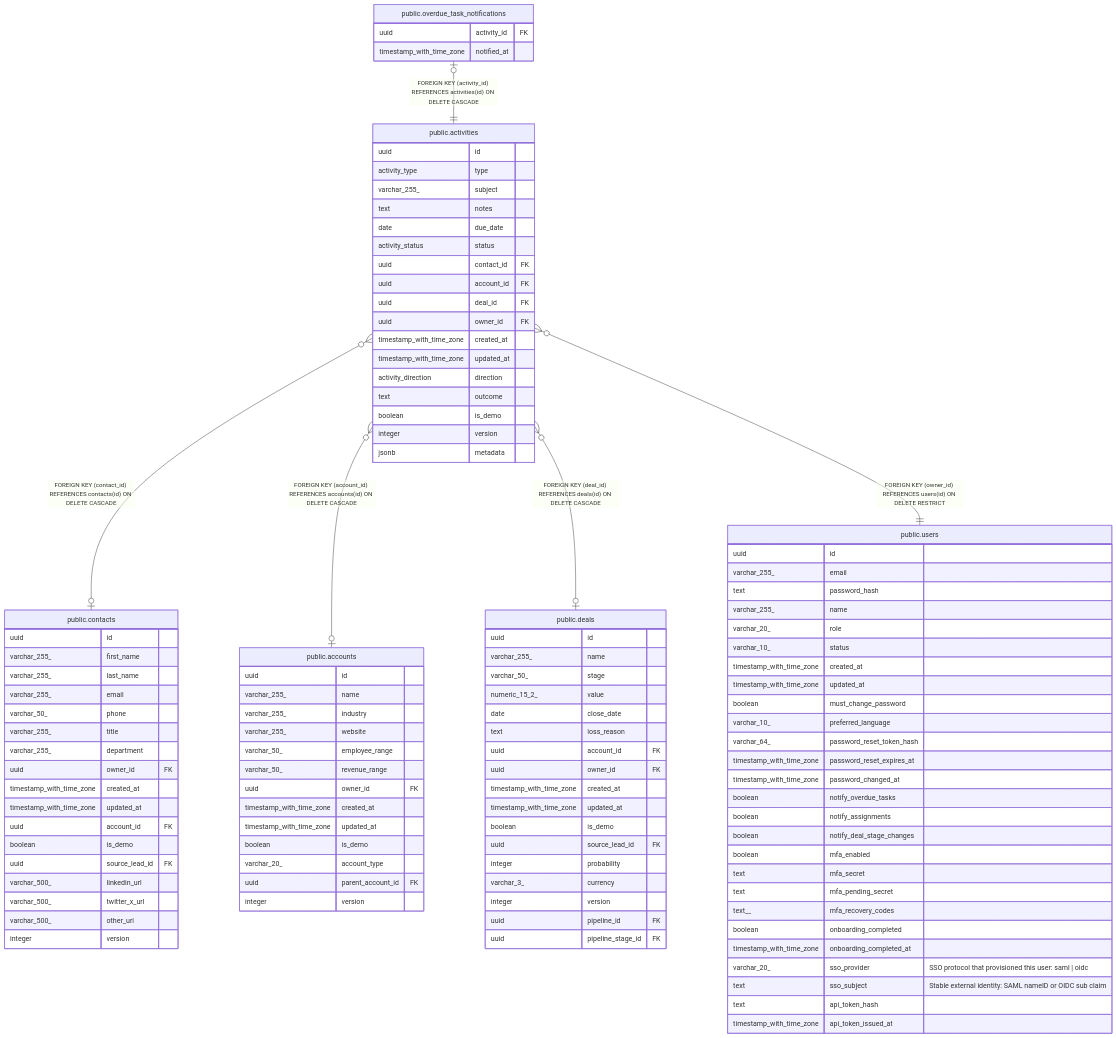
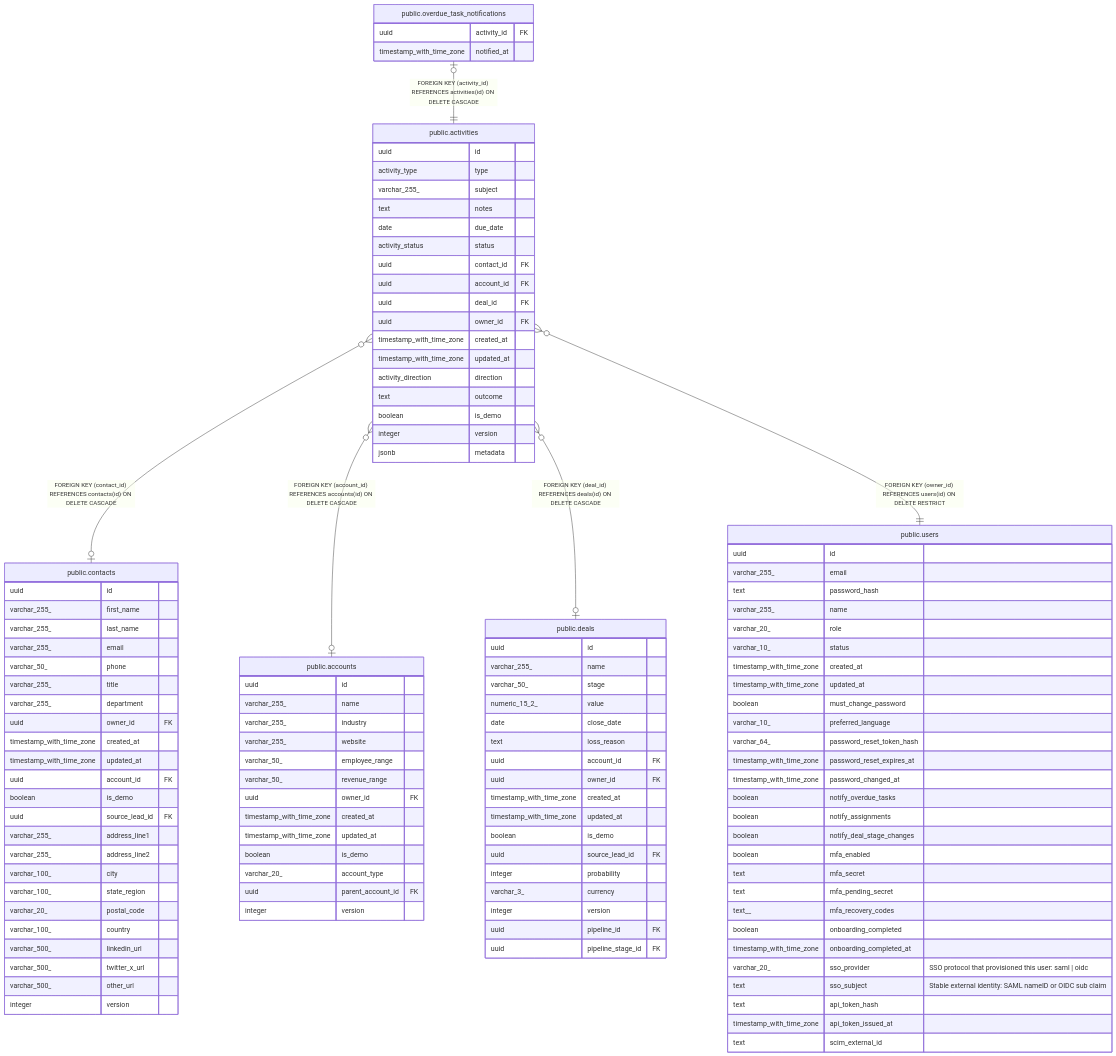
One commit to rkseattle/minicrm changed the diagram in docs/schema/public.activities.md. Above: the diagram before and after it, drawn with Mermaid. The commit also changed 72 other files, not shown here.

````diff
--- a/docs/schema/public.activities.md
+++ b/docs/schema/public.activities.md
@@ -98,6 +98,12 @@
   uuid account_id FK ""
   boolean is_demo ""
   uuid source_lead_id FK ""
+  varchar_255_ address_line1 ""
+  varchar_255_ address_line2 ""
+  varchar_100_ city ""
+  varchar_100_ state_region ""
+  varchar_20_ postal_code ""
+  varchar_100_ country ""
   varchar_500_ linkedin_url ""
   varchar_500_ twitter_x_url ""
   varchar_500_ other_url ""
@@ -164,5 +170,6 @@
   text sso_subject "Stable external identity: SAML nameID or OIDC sub claim"
   text api_token_hash ""
   timestamp_with_time_zone api_token_issued_at ""
+  text scim_external_id ""
 }
 ```
````
